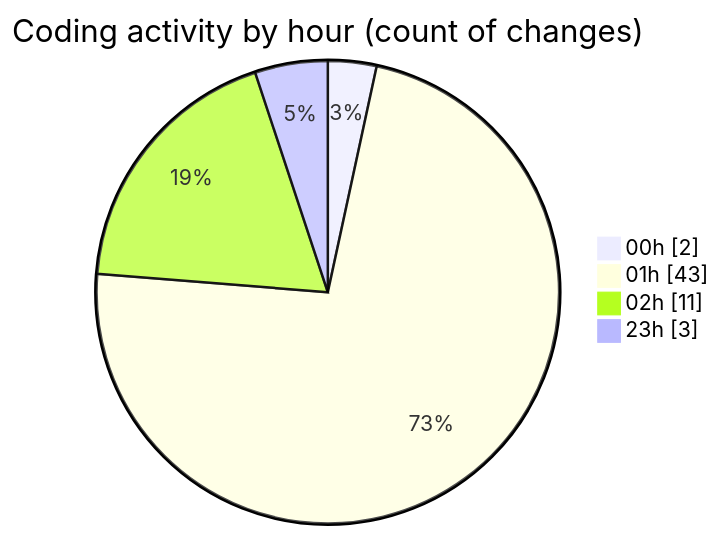
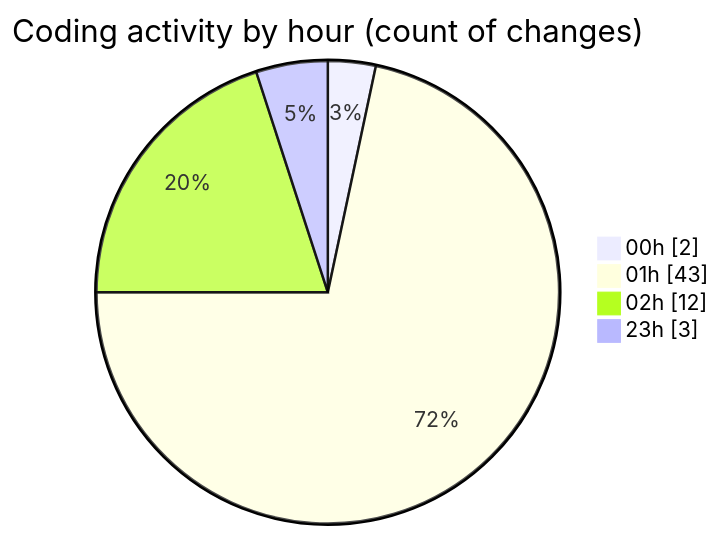
Before and after one commit to lephambinh05/code-tracking: the second of 2 diagrams in 2025-07-16/nhahang/README.md, drawn with Mermaid. The commit also changed other lines of this file and 1 other file, not shown here.

````diff
--- a/2025-07-16/nhahang/README.md
+++ b/2025-07-16/nhahang/README.md
@@ -54,8 +54,8 @@
 ```mermaid
 pie showData
 title Coding activity by hour (count of changes)
 "00h" : 2
 "01h" : 43
-"02h" : 11
+"02h" : 12
 "23h" : 3
 ```
````
